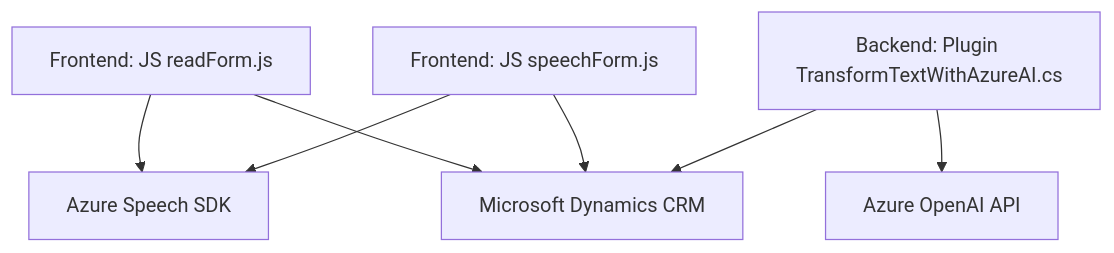
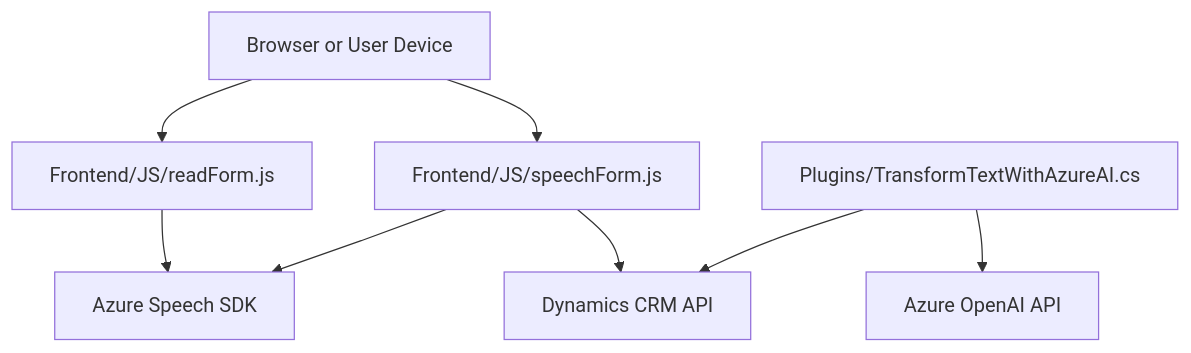
Before and after one commit to blopezdm/NETCORE_BILBAO2025: the diagram in README.md, drawn with Mermaid. The commit also changed other lines of this file, not shown here.

````diff
--- a/README.md
+++ b/README.md
@@ -56,16 +20,18 @@
 ```mermaid
 graph TD
-    A["Frontend: JS readForm.js"]
-    B["Frontend: JS speechForm.js"]
-    C["Backend: Plugin TransformTextWithAzureAI.cs"]
-    D["Azure Speech SDK"]
-    E["Azure OpenAI API"]
-    F["Microsoft Dynamics CRM"]
+  A["Frontend/JS/readForm.js"]
+  B["Frontend/JS/speechForm.js"]
+  C["Plugins/TransformTextWithAzureAI.cs"]
+  D["Azure Speech SDK"]
+  E["Azure OpenAI API"]
+  F["Dynamics CRM API"]
+  G["Browser or User Device"]
 
-    A --> F
-    B --> F
-    C --> F
-    A --> D
-    B --> D
-    C --> E
+  G --> A
+  G --> B
+  A --> D
+  B --> D
+  B --> F
+  C --> E
+  C --> F
 ```
````
